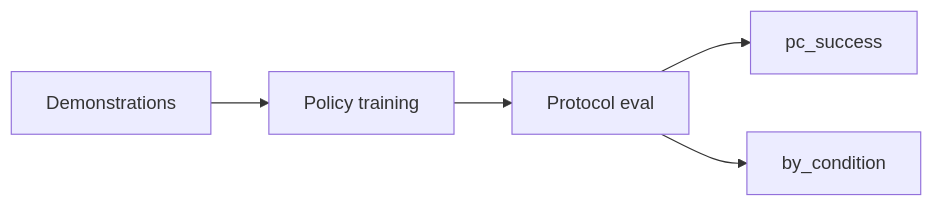
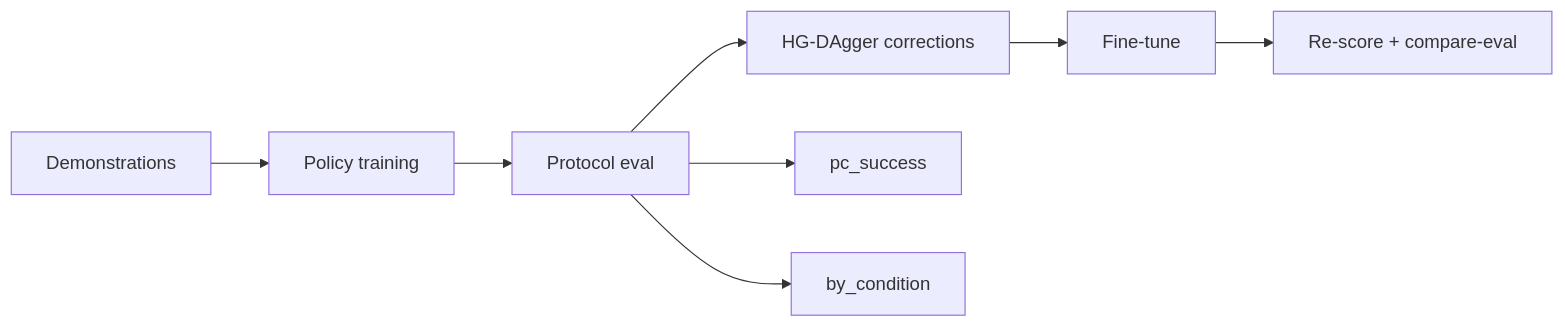
The second of 2 diagrams in README.md (romil0001/Imitation-learning_data_pipeline_LeRobot_SO-101), drawn with Mermaid before and after one commit. The commit also changed other lines of this file and 63 other files, not shown here.

````diff
--- a/README.md
+++ b/README.md
@@ -83,7 +87,10 @@
 ```mermaid
 flowchart LR
   DEMO[Demonstrations] --> TRAIN[Policy training]
   TRAIN --> EVAL[Protocol eval]
+  EVAL --> DAGGER[HG-DAgger corrections]
+  DAGGER --> FT[Fine-tune]
+  FT --> EVAL2[Re-score + compare-eval]
   EVAL --> PC[pc_success]
   EVAL --> BC[by_condition]
 ```
````
